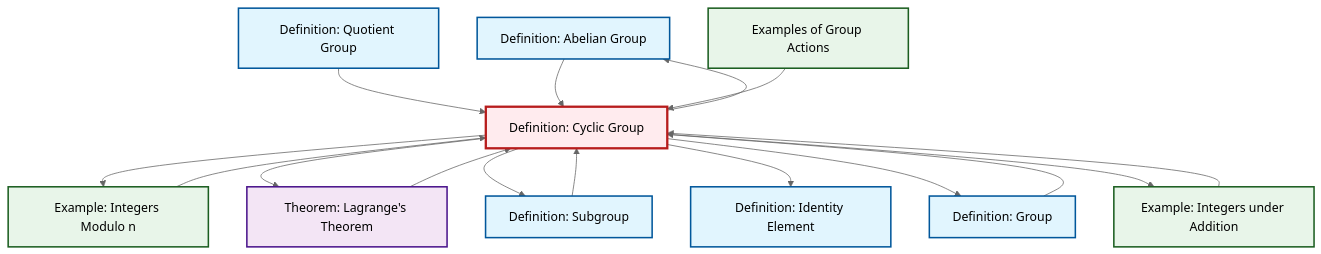
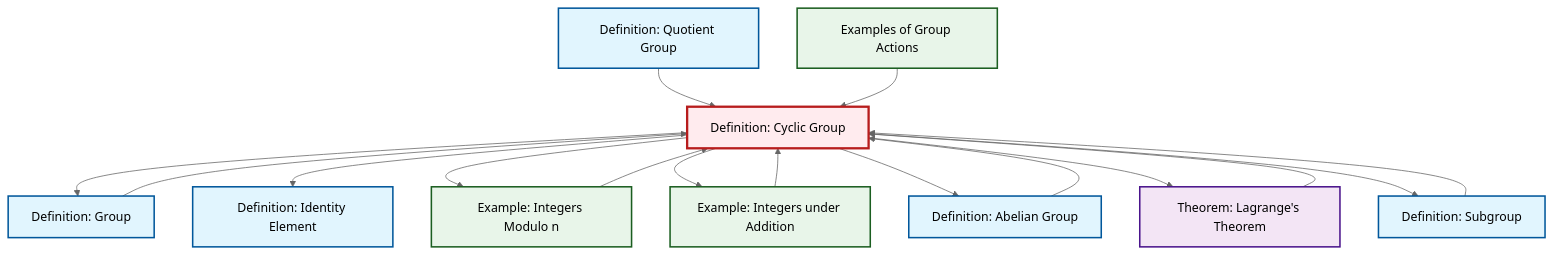
One commit to RK0429/ModernMath changed the diagram in content/ja/algebra/def-cyclic-group.qmd. Above: the diagram before and after it, drawn with Mermaid (neutral theme). The commit also changed other lines of this file and 615 other files, not shown here.

````diff
--- a/content/ja/algebra/def-cyclic-group.qmd
+++ b/content/ja/algebra/def-cyclic-group.qmd
@@ -90,44 +90,44 @@
 ```{mermaid}
 %%| fig-cap: "Local dependency graph"
 graph TD
     classDef definition fill:#e1f5fe,stroke:#01579b,stroke-width:2px
     classDef theorem fill:#f3e5f5,stroke:#4a148c,stroke-width:2px
     classDef axiom fill:#fff3e0,stroke:#e65100,stroke-width:2px
     classDef example fill:#e8f5e9,stroke:#1b5e20,stroke-width:2px
     classDef current fill:#ffebee,stroke:#b71c1c,stroke-width:3px
-    def-abelian-group["Definition: Abelian Group"]:::definition
+    ex-group-action-examples["Examples of Group Actions"]:::example
     ex-integers-addition["Example: Integers under Addition"]:::example
-    ex-group-action-examples["Examples of Group Actions"]:::example
-    def-quotient-group["Definition: Quotient Group"]:::definition
-    ex-quotient-integers-mod-n["Example: Integers Modulo n"]:::example
-    def-cyclic-group["Definition: Cyclic Group"]:::definition
-    thm-lagrange["Theorem: Lagrange's Theorem"]:::theorem
-    def-identity-element["Definition: Identity Element"]:::definition
     def-group["Definition: Group"]:::definition
     def-subgroup["Definition: Subgroup"]:::definition
+    def-cyclic-group["Definition: Cyclic Group"]:::definition
+    def-identity-element["Definition: Identity Element"]:::definition
+    thm-lagrange["Theorem: Lagrange's Theorem"]:::theorem
+    def-abelian-group["Definition: Abelian Group"]:::definition
+    ex-quotient-integers-mod-n["Example: Integers Modulo n"]:::example
+    def-quotient-group["Definition: Quotient Group"]:::definition
+    def-cyclic-group --> def-group
+    def-cyclic-group --> def-identity-element
+    def-cyclic-group --> ex-quotient-integers-mod-n
+    def-quotient-group --> def-cyclic-group
+    def-cyclic-group --> ex-integers-addition
+    def-cyclic-group --> def-abelian-group
+    def-cyclic-group --> thm-lagrange
+    ex-group-action-examples --> def-cyclic-group
+    ex-integers-addition --> def-cyclic-group
     thm-lagrange --> def-cyclic-group
-    def-cyclic-group --> ex-quotient-integers-mod-n
-    def-cyclic-group --> thm-lagrange
-    def-cyclic-group --> def-subgroup
-    def-quotient-group --> def-cyclic-group
     def-group --> def-cyclic-group
-    def-cyclic-group --> def-identity-element
     ex-quotient-integers-mod-n --> def-cyclic-group
-    def-cyclic-group --> def-abelian-group
     def-subgroup --> def-cyclic-group
     def-abelian-group --> def-cyclic-group
-    def-cyclic-group --> def-group
-    ex-group-action-examples --> def-cyclic-group
-    ex-integers-addition --> def-cyclic-group
-    def-cyclic-group --> ex-integers-addition
+    def-cyclic-group --> def-subgroup
     class def-cyclic-group current
-    click def-abelian-group "def-abelian-group.html" "Definition: Abelian Groupへ"
+    click ex-group-action-examples "ex-group-action-examples.html" "Examples of Group Actionsへ"
     click ex-integers-addition "ex-integers-addition.html" "Example: Integers under Additionへ"
-    click ex-group-action-examples "ex-group-action-examples.html" "Examples of Group Actionsへ"
-    click def-quotient-group "def-quotient-group.html" "Definition: Quotient Groupへ"
-    click ex-quotient-integers-mod-n "ex-quotient-integers-mod-n.html" "Example: Integers Modulo nへ"
-    click thm-lagrange "thm-lagrange.html" "Theorem: Lagrange's Theoremへ"
-    click def-identity-element "def-identity-element.html" "Definition: Identity Elementへ"
     click def-group "def-group.html" "Definition: Groupへ"
     click def-subgroup "def-subgroup.html" "Definition: Subgroupへ"
+    click def-identity-element "def-identity-element.html" "Definition: Identity Elementへ"
+    click thm-lagrange "thm-lagrange.html" "Theorem: Lagrange's Theoremへ"
+    click def-abelian-group "def-abelian-group.html" "Definition: Abelian Groupへ"
+    click ex-quotient-integers-mod-n "ex-quotient-integers-mod-n.html" "Example: Integers Modulo nへ"
+    click def-quotient-group "def-quotient-group.html" "Definition: Quotient Groupへ"
 ```
````
